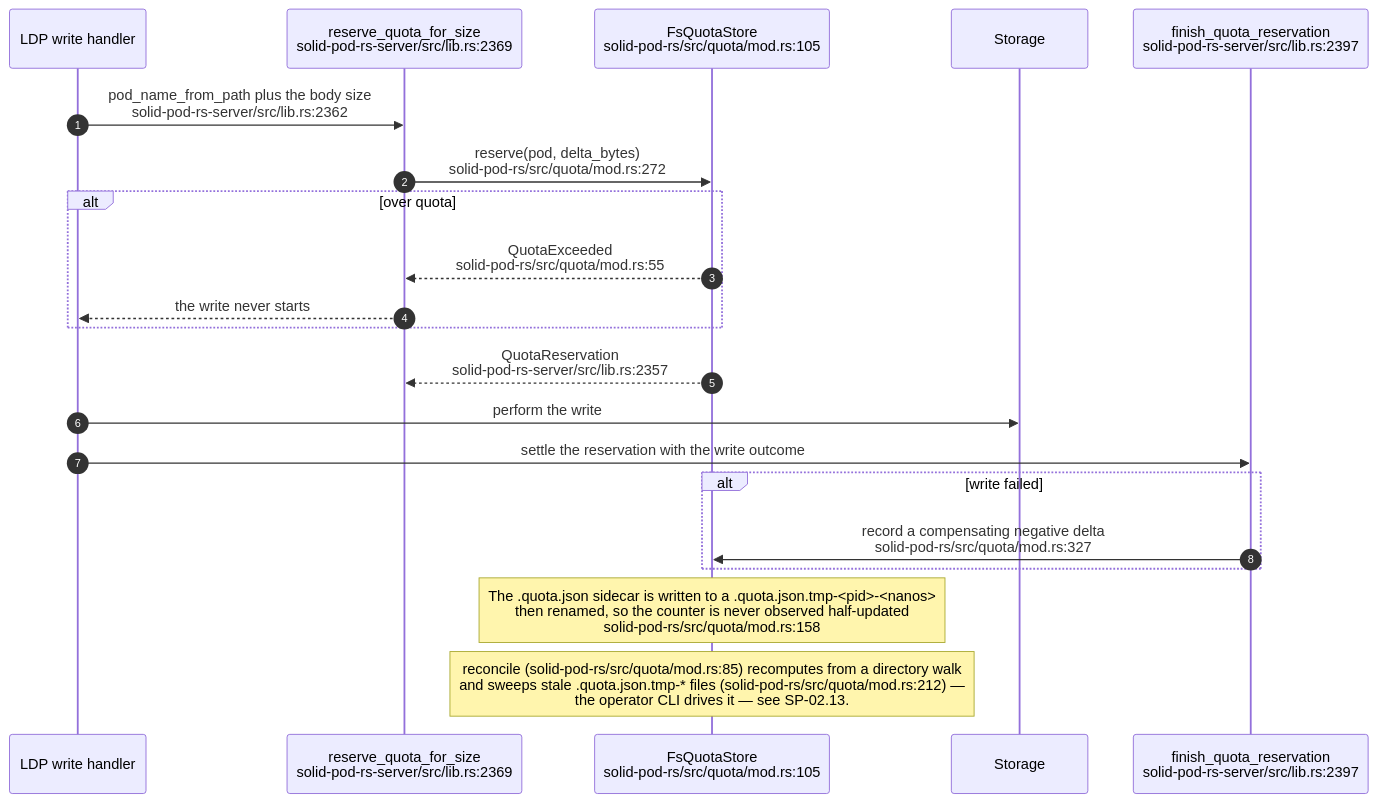
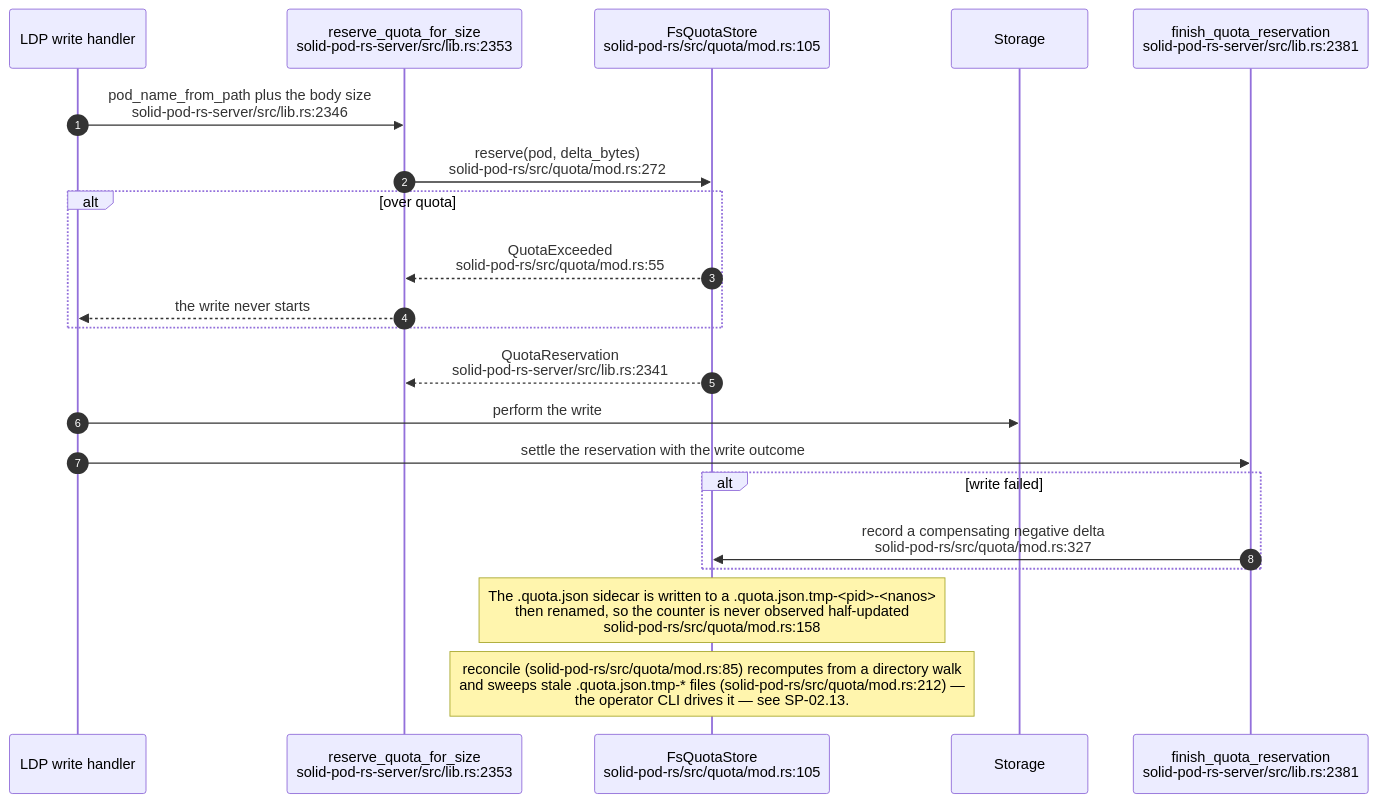
The fifth of 11 diagrams in docs/diagrams/solid-pod-rs/06-storage-quota-and-git-pods.md (DreamLab-AI/VisionFlow), drawn with Mermaid before and after one commit. The commit also changed other lines of this file and 31 other files, not shown here.

````diff
--- a/docs/diagrams/solid-pod-rs/06-storage-quota-and-git-pods.md
+++ b/docs/diagrams/solid-pod-rs/06-storage-quota-and-git-pods.md
@@ -125,24 +125,24 @@
 ```mermaid
 sequenceDiagram
     autonumber
     participant H as LDP write handler
-    participant RQ as reserve_quota_for_size<br/>solid-pod-rs-server/src/lib.rs:2369
+    participant RQ as reserve_quota_for_size<br/>solid-pod-rs-server/src/lib.rs:2353
     participant Q as FsQuotaStore<br/>solid-pod-rs/src/quota/mod.rs:105
     participant S as Storage
-    participant FQ as finish_quota_reservation<br/>solid-pod-rs-server/src/lib.rs:2397
+    participant FQ as finish_quota_reservation<br/>solid-pod-rs-server/src/lib.rs:2381
 
-    H->>RQ: pod_name_from_path plus the body size<br/>solid-pod-rs-server/src/lib.rs:2362
+    H->>RQ: pod_name_from_path plus the body size<br/>solid-pod-rs-server/src/lib.rs:2346
     RQ->>Q: reserve(pod, delta_bytes)<br/>solid-pod-rs/src/quota/mod.rs:272
     alt over quota
         Q-->>RQ: QuotaExceeded<br/>solid-pod-rs/src/quota/mod.rs:55
         RQ-->>H: the write never starts
     end
-    Q-->>RQ: QuotaReservation<br/>solid-pod-rs-server/src/lib.rs:2357
+    Q-->>RQ: QuotaReservation<br/>solid-pod-rs-server/src/lib.rs:2341
     H->>S: perform the write
     H->>FQ: settle the reservation with the write outcome
     alt write failed
         FQ->>Q: record a compensating negative delta<br/>solid-pod-rs/src/quota/mod.rs:327
     end
     Note over Q: The .quota.json sidecar is written to a .quota.json.tmp-<pid>-<nanos><br/>then renamed, so the counter is never observed half-updated<br/>solid-pod-rs/src/quota/mod.rs:158
     Note over Q: reconcile (solid-pod-rs/src/quota/mod.rs:85) recomputes from a directory walk<br/>and sweeps stale .quota.json.tmp-* files (solid-pod-rs/src/quota/mod.rs:212) —<br/>the operator CLI drives it — see SP-02.13.
 ```
````
